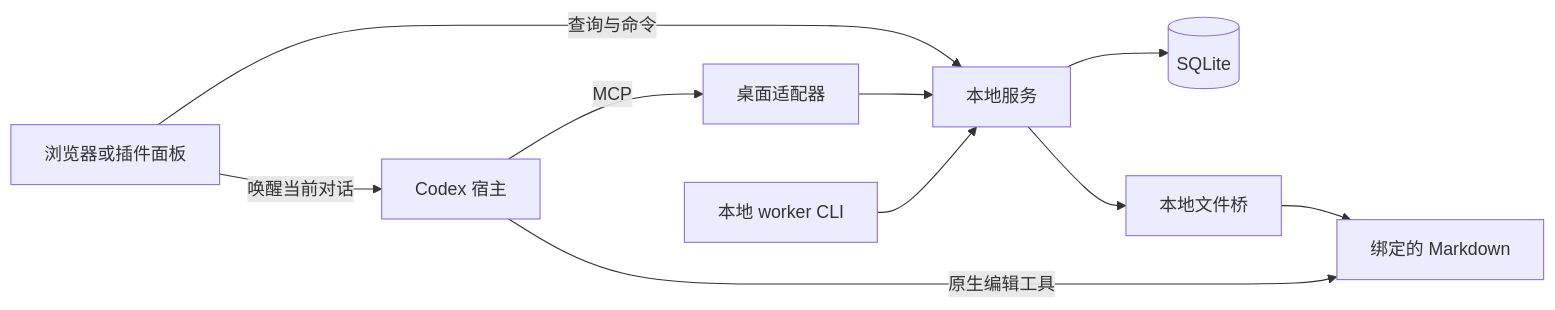
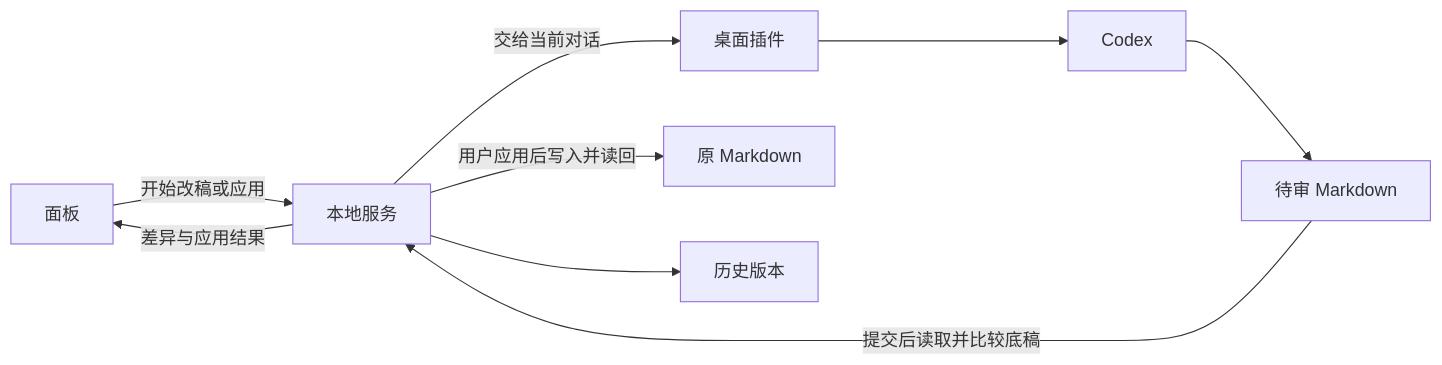
One commit to xiesunsun/new-agora changed the diagram in docs/architecture.md. Above: the diagram before and after it, drawn with Mermaid. The commit also changed other lines of this file and 43 other files, not shown here.

Commit message:
feat(a01): implement the manuscript review and writeback flow

````diff
--- a/docs/architecture.md
+++ b/docs/architecture.md
@@ -5,12 +5,11 @@
 ```mermaid
 flowchart LR
-    Panel[浏览器或插件面板] -->|查询与命令| Service[本地服务]
-    Panel -->|唤醒当前对话| Host[Codex 宿主]
-    Host -->|MCP| Adapter[桌面适配器]
-    Adapter --> Service
-    CLI[本地 worker CLI] --> Service
-    Service --> DB[(SQLite)]
-    Service --> Bridge[本地文件桥]
-    Bridge --> File[绑定的 Markdown]
-    Host -->|原生编辑工具| File
+    Panel[面板] -->|开始改稿或应用| Service[本地服务]
+    Service -->|交给当前对话| Plugin[桌面插件]
+    Plugin --> Host[Codex]
+    Host --> Candidate[待审 Markdown]
+    Candidate -->|提交后读取并比较底稿| Service
+    Service -->|差异与应用结果| Panel
+    Service -->|用户应用后写入并读回| File[原 Markdown]
+    Service --> Versions[历史版本]
 ```
````
